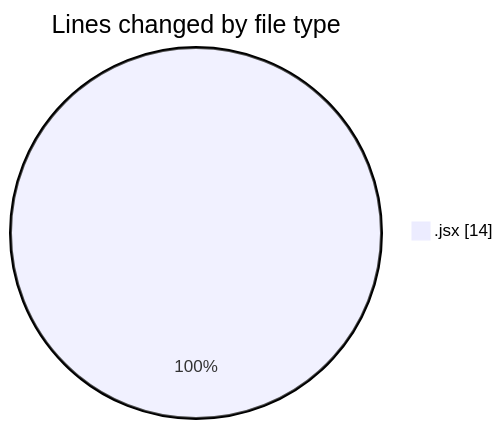
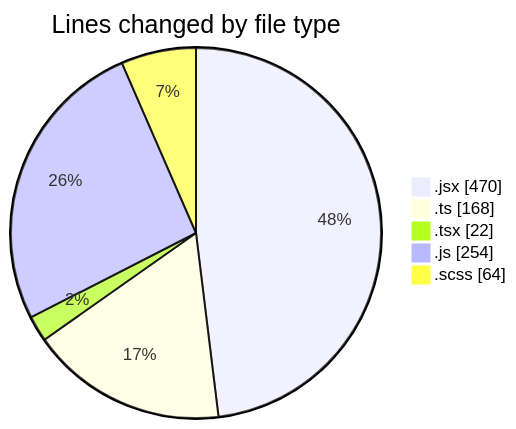
One commit to momahboobian/code-tracking changed the first of 2 diagrams in 2025-06-05/cda/README.md. Above: the diagram before and after it, drawn with Mermaid. The commit also changed other lines of this file and 1 other file, not shown here.

````diff
--- a/2025-06-05/cda/README.md
+++ b/2025-06-05/cda/README.md
@@ -20,5 +28,9 @@
 ```mermaid
 pie showData
 title Lines changed by file type
-".jsx" : 14
+".jsx" : 470
+".ts" : 168
+".tsx" : 22
+".js" : 254
+".scss" : 64
 ```
````
